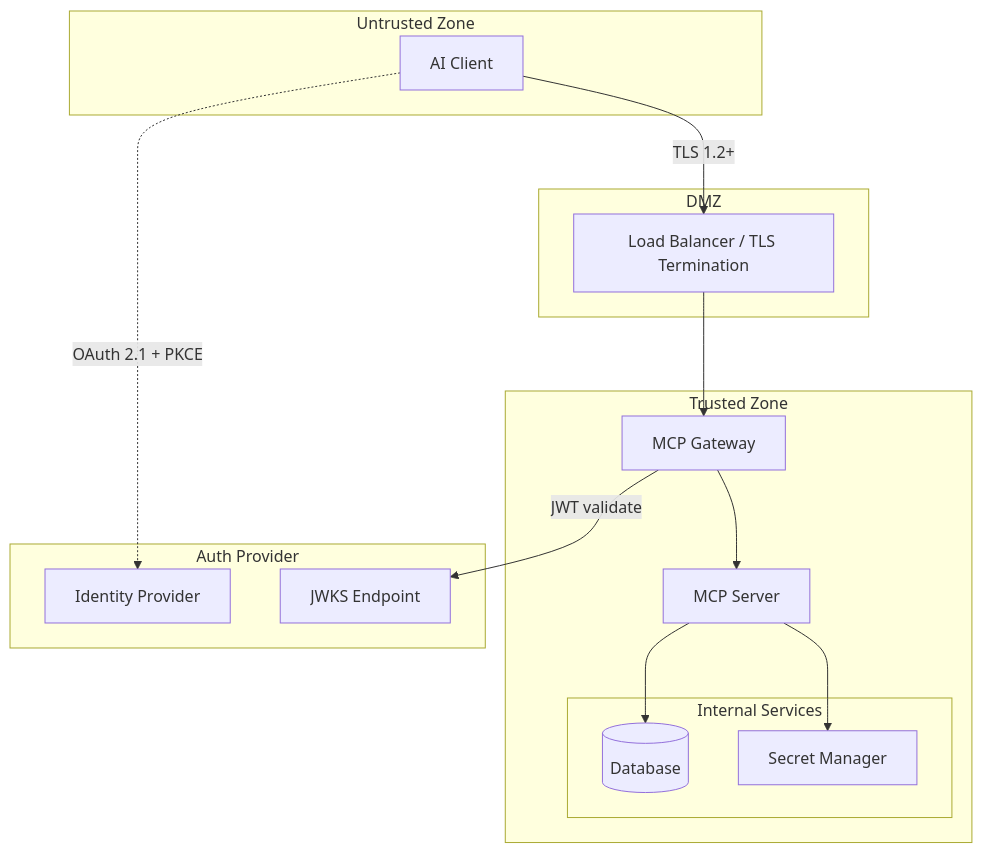
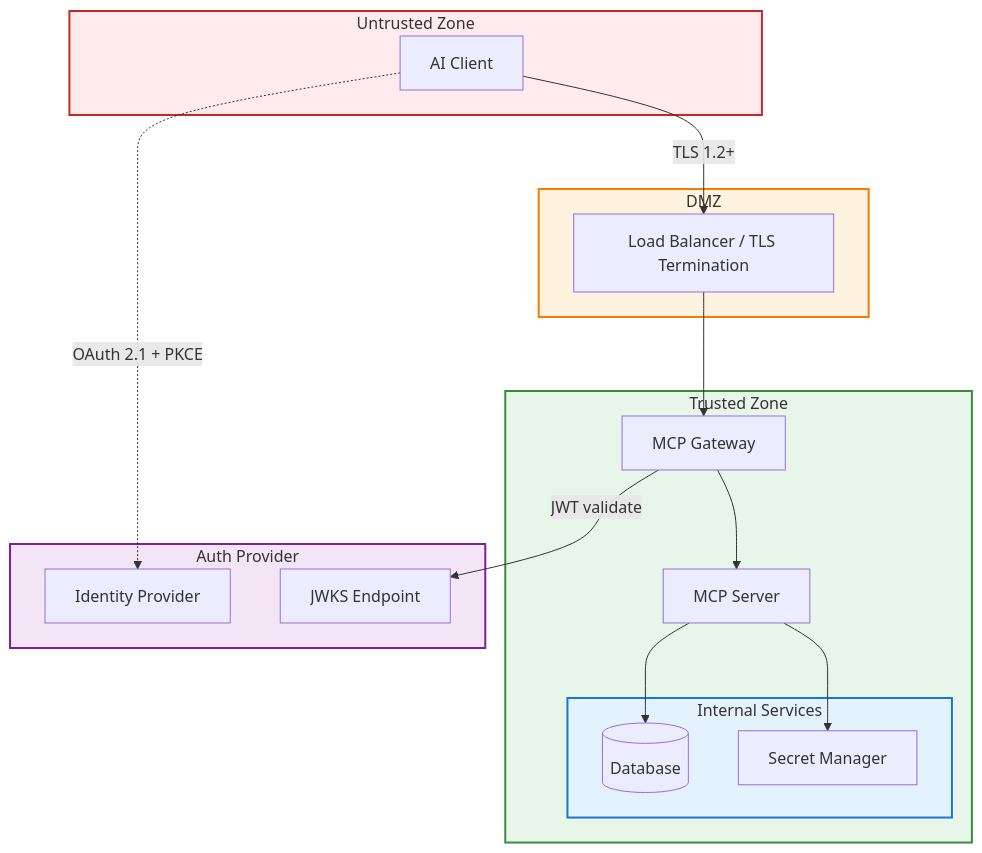
One commit to markbsigler/MCP_Architecture changed the ninth of 12 diagrams in docs/IEEE-42010/AD.md. Above: the diagram before and after it, drawn with Mermaid. The commit also changed other lines of this file and 4 other files, not shown here.

First line of the commit message:
Phase 2: Enhance diagram quality and establish standards

````diff
--- a/docs/IEEE-42010/AD.md
+++ b/docs/IEEE-42010/AD.md
@@ -656,32 +682,38 @@
 ```mermaid
 flowchart TB
     subgraph External["Untrusted Zone"]
         CLIENT[AI Client]
     end
     
     subgraph DMZ["DMZ"]
         LB[Load Balancer / TLS Termination]
     end
     
     subgraph Trusted["Trusted Zone"]
         GW[MCP Gateway]
         SRV[MCP Server]
         subgraph Internal["Internal Services"]
             DB[(Database)]
             VAULT[Secret Manager]
         end
     end
 
     subgraph AuthZ["Auth Provider"]
         IDP[Identity Provider]
         JWKS[JWKS Endpoint]
     end
 
     CLIENT -->|TLS 1.2+| LB
     LB --> GW
     GW -->|JWT validate| JWKS
     GW --> SRV
     SRV --> DB
     SRV --> VAULT
     CLIENT -.->|OAuth 2.1 + PKCE| IDP
+    
+    style External fill:#ffebee,stroke:#c62828,stroke-width:2px
+    style DMZ fill:#fff3e0,stroke:#f57c00,stroke-width:2px
+    style Trusted fill:#e8f5e9,stroke:#388e3c,stroke-width:2px
+    style Internal fill:#e3f2fd,stroke:#1976d2,stroke-width:2px
+    style AuthZ fill:#f3e5f5,stroke:#7b1fa2,stroke-width:2px
 ```
````
